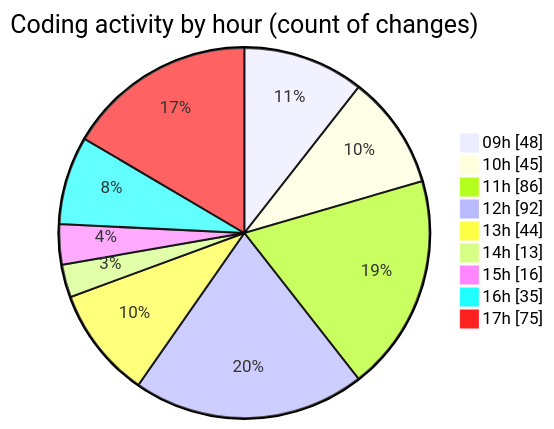
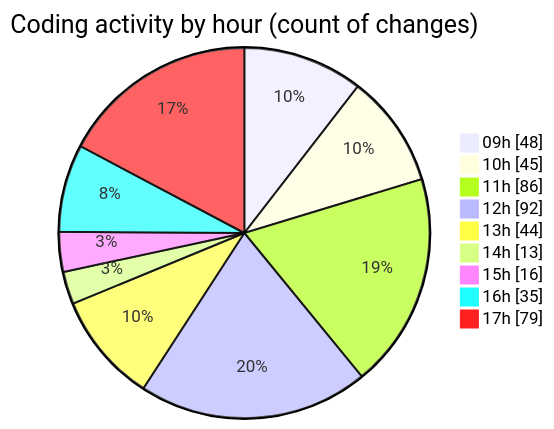
Before and after one commit to momahboobian/code-tracking: the second of 2 diagrams in 2025-03-14/cda/README.md, drawn with Mermaid. The commit also changed other lines of this file and 1 other file, not shown here.

````diff
--- a/2025-03-14/cda/README.md
+++ b/2025-03-14/cda/README.md
@@ -50,13 +51,13 @@
 ```mermaid
 pie showData
 title Coding activity by hour (count of changes)
 "09h" : 48
 "10h" : 45
 "11h" : 86
 "12h" : 92
 "13h" : 44
 "14h" : 13
 "15h" : 16
 "16h" : 35
-"17h" : 75
+"17h" : 79
 ```
````
